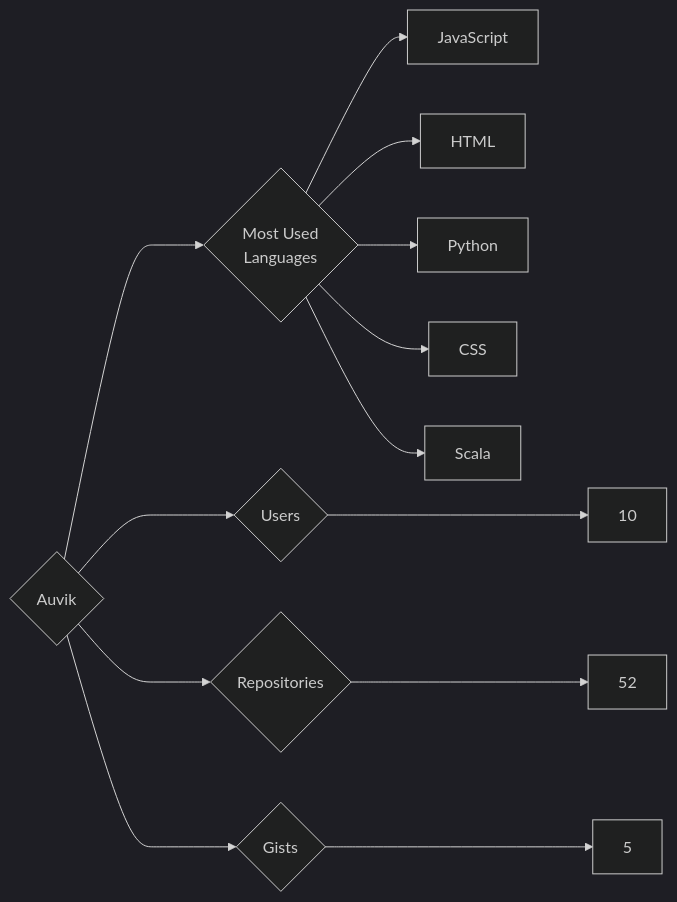
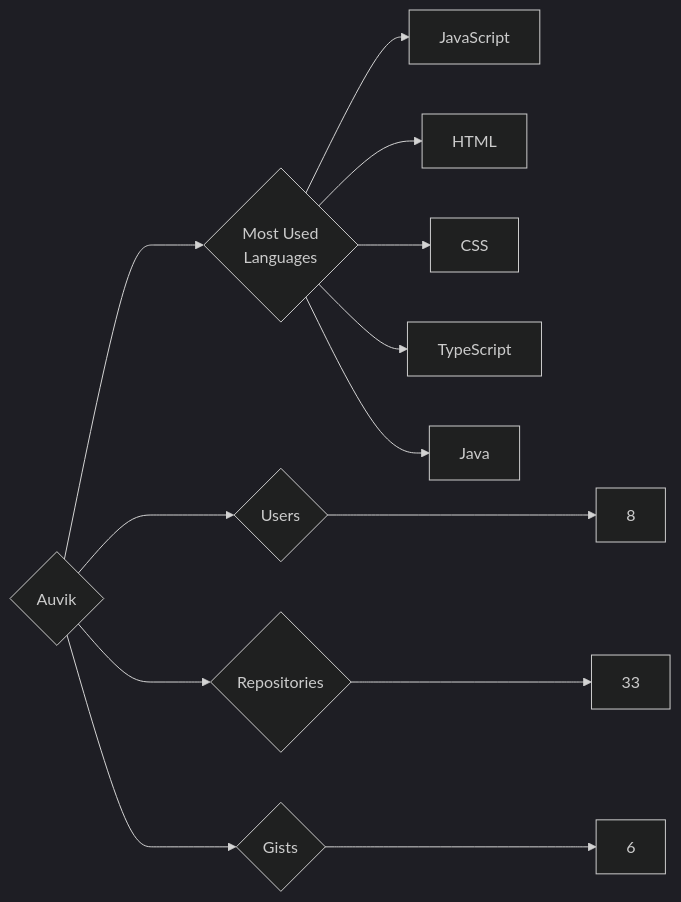
Before and after one commit to trickest/insiders: the diagram in targets/Auvik/README.md, drawn with Mermaid (dark theme). The commit also changed 757 other files, not shown here.

````diff
--- a/targets/Auvik/README.md
+++ b/targets/Auvik/README.md
@@ -3,13 +3,13 @@
 ```mermaid
 graph LR
 COMPANY_NAME{Auvik}
-COMPANY_NAME ---> U{Users} ---> UN[10]
-COMPANY_NAME ---> R{Repositories} ---> RN[52]
-COMPANY_NAME ---> G{Gists} ---> GN[5]
+COMPANY_NAME ---> U{Users} ---> UN[8]
+COMPANY_NAME ---> R{Repositories} ---> RN[33]
+COMPANY_NAME ---> G{Gists} ---> GN[6]
 COMPANY_NAME ---> ML{Most Used<br>Languages}
 ML --> JavaScript[JavaScript]
 ML --> HTML[HTML]
-ML --> Python[Python]
 ML --> CSS[CSS]
-ML --> Scala[Scala]
+ML --> TypeScript[TypeScript]
+ML --> Java[Java]
 ```
````
